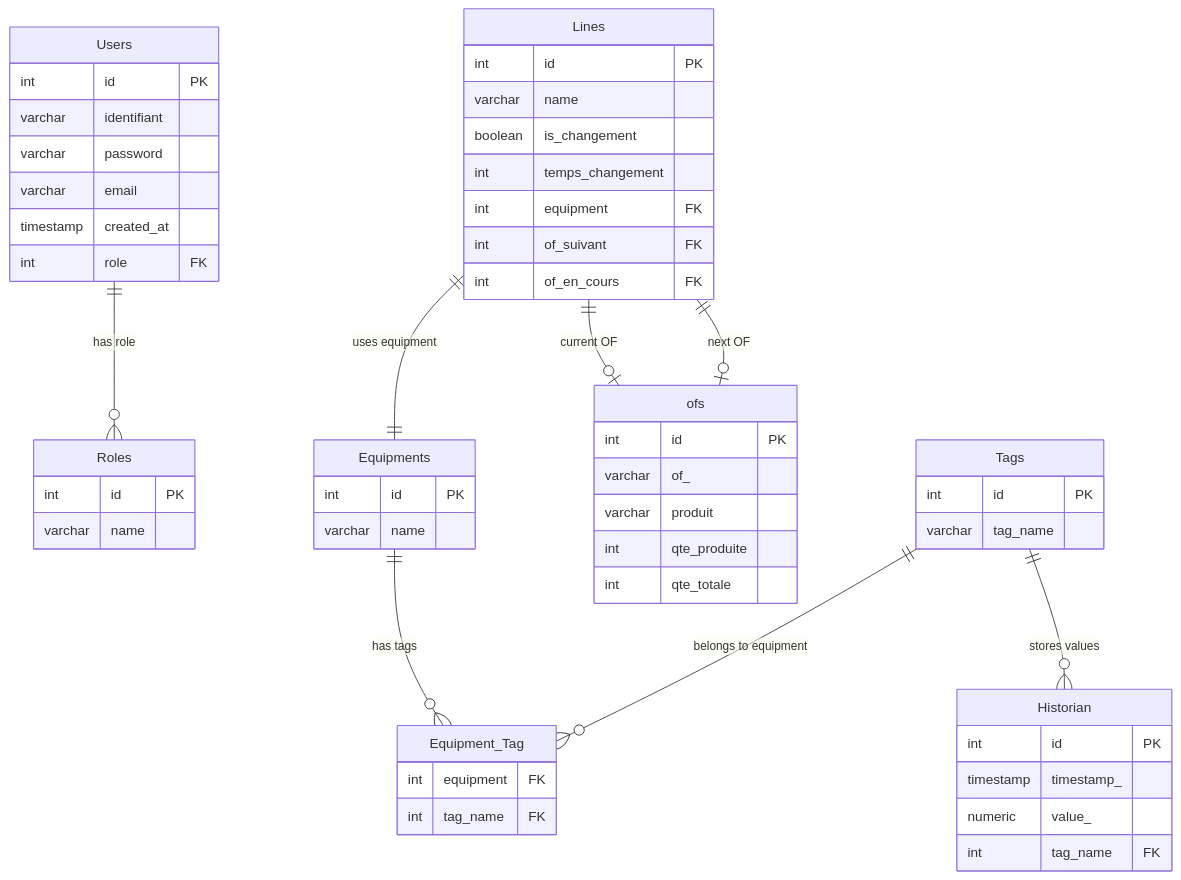
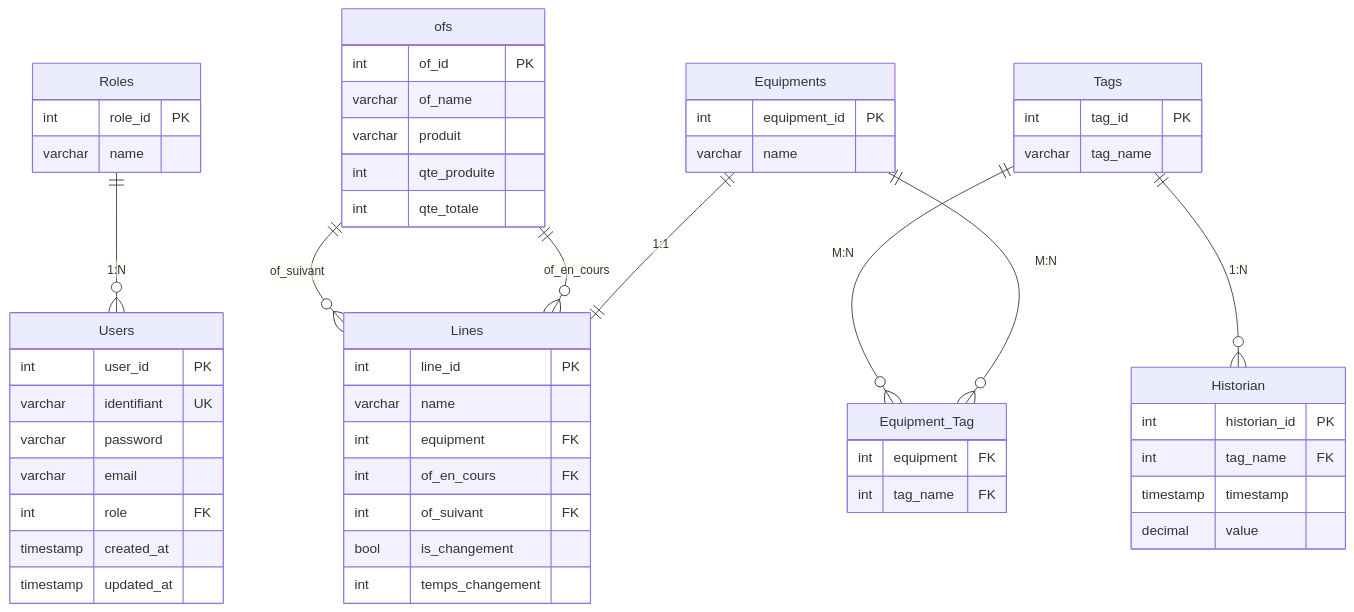
One commit to Dr4kiel/projet_renforcement_backend changed the second of 2 diagrams in README.md. Above: the diagram before and after it, drawn with Mermaid. The commit also changed other lines of this file, not shown here.

````diff
--- a/README.md
+++ b/README.md
@@ -59,64 +91,57 @@
 ```mermaid
 erDiagram
+    Roles ||--o{ Users : "1:N"
+    Roles {
+        int role_id PK
+        varchar name
+    }
     Users {
-        int id PK
-        varchar identifiant
+        int user_id PK
+        varchar identifiant UK
         varchar password
         varchar email
+        int role FK
         timestamp created_at
-        int role FK
+        timestamp updated_at
     }
-    
-    Roles {
-        int id PK
+    Equipments ||--|| Lines : "1:1"
+    Equipments ||--o{ Equipment_Tag : "M:N"
+    Equipments {
+        int equipment_id PK
         varchar name
     }
-    
-    Lines {
-        int id PK
-        varchar name
-        boolean is_changement
-        int temps_changement
+    Tags ||--o{ Equipment_Tag : "M:N"
+    Tags ||--o{ Historian : "1:N"
+    Tags {
+        int tag_id PK
+        varchar tag_name
+    }
+    Equipment_Tag {
         int equipment FK
-        int of_suivant FK
-        int of_en_cours FK
+        int tag_name FK
     }
-    
-    Equipments {
-        int id PK
-        varchar name
-    }
-    
+    ofs ||--o{ Lines : "of_en_cours"
+    ofs ||--o{ Lines : "of_suivant"
     ofs {
-        int id PK
-        varchar of_
+        int of_id PK
+        varchar of_name
         varchar produit
         int qte_produite
         int qte_totale
     }
-    
-    Tags {
-        int id PK
-        varchar tag_name
+    Lines {
+        int line_id PK
+        varchar name
+        int equipment FK
+        int of_en_cours FK
+        int of_suivant FK
+        bool is_changement
+        int temps_changement
     }
-    
     Historian {
-        int id PK
-        timestamp timestamp_
-        numeric value_
+        int historian_id PK
         int tag_name FK
+        timestamp timestamp
+        decimal value
     }
-    
-    Equipment_Tag {
-        int equipment FK
-        int tag_name FK
-    }
-    
-    Users ||--o{ Roles : "has role"
-    Lines ||--|| Equipments : "uses equipment"
-    Lines ||--o| ofs : "current OF"
-    Lines ||--o| ofs : "next OF"
-    Tags ||--o{ Historian : "stores values"
-    Equipments ||--o{ Equipment_Tag : "has tags"
-    Tags ||--o{ Equipment_Tag : "belongs to equipment"
 ```
````
